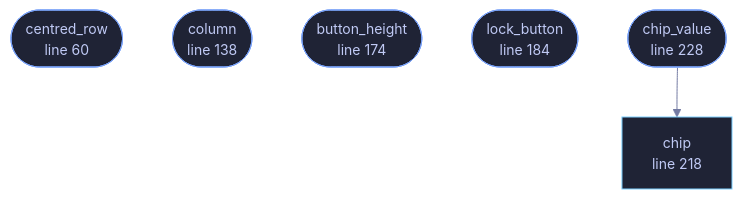
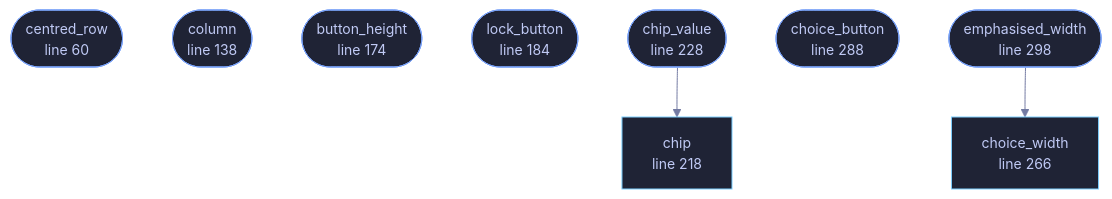
One commit to tilas01/veilvoice changed the diagram in docs/files/veilvoice-gui/layout.md. Above: the diagram before and after it, drawn with Mermaid. The commit also changed other lines of this file and 72 other files, not shown here.

````diff
--- a/docs/files/veilvoice-gui/layout.md
+++ b/docs/files/veilvoice-gui/layout.md
@@ -104,21 +107,28 @@
 ```mermaid
 %%{init: {"theme":"base","themeVariables":{"background":"#1a1b26","primaryColor":"#1f2335","primaryTextColor":"#c0caf5","primaryBorderColor":"#7aa2f7","secondaryColor":"#16161e","tertiaryColor":"#16161e","lineColor":"#737aa2","textColor":"#c0caf5","mainBkg":"#1f2335","nodeBorder":"#7aa2f7","clusterBkg":"#16161e","clusterBorder":"#2f3549","fontFamily":"ui-monospace, SFMono-Regular, Consolas, monospace","fontSize":"14px"}}}%%
 flowchart TD
     n_centred_row(["centred_row<br/>line 60"])
     n_column(["column<br/>line 138"])
     n_button_height(["button_height<br/>line 174"])
     n_lock_button(["lock_button<br/>line 184"])
     n_chip["chip<br/>line 218"]
     n_chip_value(["chip_value<br/>line 228"])
+    n_choice_width["choice_width<br/>line 266"]
+    n_choice_button(["choice_button<br/>line 288"])
+    n_emphasised_width(["emphasised_width<br/>line 298"])
     n_chip_value --> n_chip
+    n_emphasised_width --> n_choice_width
     click n_centred_row href "https://github.com/tilas01/veilvoice/blob/main/crates/veilvoice-gui/src/layout.rs#L60" "open the source"
     click n_column href "https://github.com/tilas01/veilvoice/blob/main/crates/veilvoice-gui/src/layout.rs#L138" "open the source"
     click n_button_height href "https://github.com/tilas01/veilvoice/blob/main/crates/veilvoice-gui/src/layout.rs#L174" "open the source"
     click n_lock_button href "https://github.com/tilas01/veilvoice/blob/main/crates/veilvoice-gui/src/layout.rs#L184" "open the source"
     click n_chip href "https://github.com/tilas01/veilvoice/blob/main/crates/veilvoice-gui/src/layout.rs#L218" "open the source"
     click n_chip_value href "https://github.com/tilas01/veilvoice/blob/main/crates/veilvoice-gui/src/layout.rs#L228" "open the source"
+    click n_choice_width href "https://github.com/tilas01/veilvoice/blob/main/crates/veilvoice-gui/src/layout.rs#L266" "open the source"
+    click n_choice_button href "https://github.com/tilas01/veilvoice/blob/main/crates/veilvoice-gui/src/layout.rs#L288" "open the source"
+    click n_emphasised_width href "https://github.com/tilas01/veilvoice/blob/main/crates/veilvoice-gui/src/layout.rs#L298" "open the source"
     classDef entry fill:#1f2335,stroke:#7aa2f7,color:#c0caf5
-    class n_centred_row,n_column,n_button_height,n_lock_button,n_chip_value entry
+    class n_centred_row,n_column,n_button_height,n_lock_button,n_chip_value,n_choice_button,n_emphasised_width entry
     classDef api fill:#1f2335,stroke:#7dcfff,color:#c0caf5
-    class n_chip api
+    class n_chip,n_choice_width api
 ```
````
